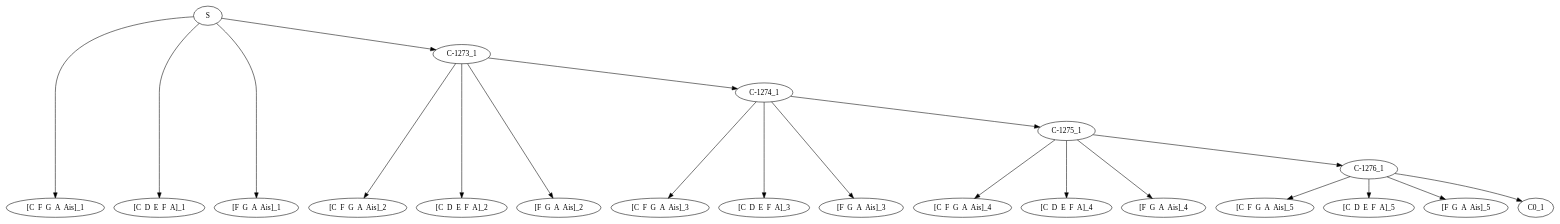
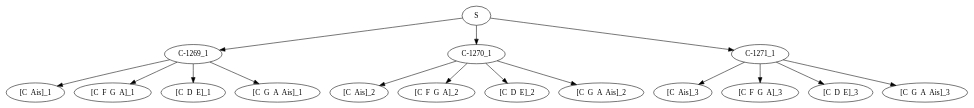
One commit to dousu/MAILM changed the diagram in RESULT/dot/generation_8_utterance_1.dot. Above: the diagram before and after it, drawn with Graphviz. The commit also changed 45 other files, not shown here.

```diff
--- a/RESULT/dot/generation_8_utterance_1.dot
+++ b/RESULT/dot/generation_8_utterance_1.dot
@@ -1,30 +1,21 @@
 digraph sample{
-"S" -> "[C  F  G  A  Ais]_1";
-"S" -> "[C  D  E  F  A]_1";
-"S" -> "[F  G  A  Ais]_1";
-"S" -> "C-1273_1";
-"C-1273_1" -> "[C  F  G  A  Ais]_2";
-"C-1273_1" -> "[C  D  E  F  A]_2";
-"C-1273_1" -> "[F  G  A  Ais]_2";
-"C-1273_1" -> "C-1274_1";
-"C-1274_1" -> "[C  F  G  A  Ais]_3";
-"C-1274_1" -> "[C  D  E  F  A]_3";
-"C-1274_1" -> "[F  G  A  Ais]_3";
-"C-1274_1" -> "C-1275_1";
-"C-1275_1" -> "[C  F  G  A  Ais]_4";
-"C-1275_1" -> "[C  D  E  F  A]_4";
-"C-1275_1" -> "[F  G  A  Ais]_4";
-"C-1275_1" -> "C-1276_1";
-"C-1276_1" -> "[C  F  G  A  Ais]_5";
-"C-1276_1" -> "[C  D  E  F  A]_5";
-"C-1276_1" -> "[F  G  A  Ais]_5";
-"C-1276_1" -> "C0_1";
+"S" -> "C-1269_1";
+"C-1269_1" -> "[C  Ais]_1";
+"C-1269_1" -> "[C  F  G  A]_1";
+"C-1269_1" -> "[C  D  E]_1";
+"C-1269_1" -> "[C  G  A  Ais]_1";
+"S" -> "C-1270_1";
+"C-1270_1" -> "[C  Ais]_2";
+"C-1270_1" -> "[C  F  G  A]_2";
+"C-1270_1" -> "[C  D  E]_2";
+"C-1270_1" -> "[C  G  A  Ais]_2";
+"S" -> "C-1271_1";
+"C-1271_1" -> "[C  Ais]_3";
+"C-1271_1" -> "[C  F  G  A]_3";
+"C-1271_1" -> "[C  D  E]_3";
+"C-1271_1" -> "[C  G  A  Ais]_3";
 
 {rank = min; "S";}
-{rank = same; "C-1273_1";}
-{rank = same; "C-1274_1";}
-{rank = same; "C-1275_1";}
-{rank = same; "C-1276_1";}
-{rank = same; "C0_1";}
-{rank = same; "[C  D  E  F  A]_1"; "[C  D  E  F  A]_2"; "[C  D  E  F  A]_3"; "[C  D  E  F  A]_4"; "[C  D  E  F  A]_5"; "[C  F  G  A  Ais]_1"; "[C  F  G  A  Ais]_2"; "[C  F  G  A  Ais]_3"; "[C  F  G  A  Ais]_4"; "[C  F  G  A  Ais]_5"; "[F  G  A  Ais]_1"; "[F  G  A  Ais]_2"; "[F  G  A  Ais]_3"; "[F  G  A  Ais]_4"; "[F  G  A  Ais]_5";}
+{rank = same; "C-1269_1"; "C-1270_1"; "C-1271_1";}
+{rank = same; "[C  Ais]_1"; "[C  Ais]_2"; "[C  Ais]_3"; "[C  D  E]_1"; "[C  D  E]_2"; "[C  D  E]_3"; "[C  F  G  A]_1"; "[C  F  G  A]_2"; "[C  F  G  A]_3"; "[C  G  A  Ais]_1"; "[C  G  A  Ais]_2"; "[C  G  A  Ais]_3";}
 }
```
